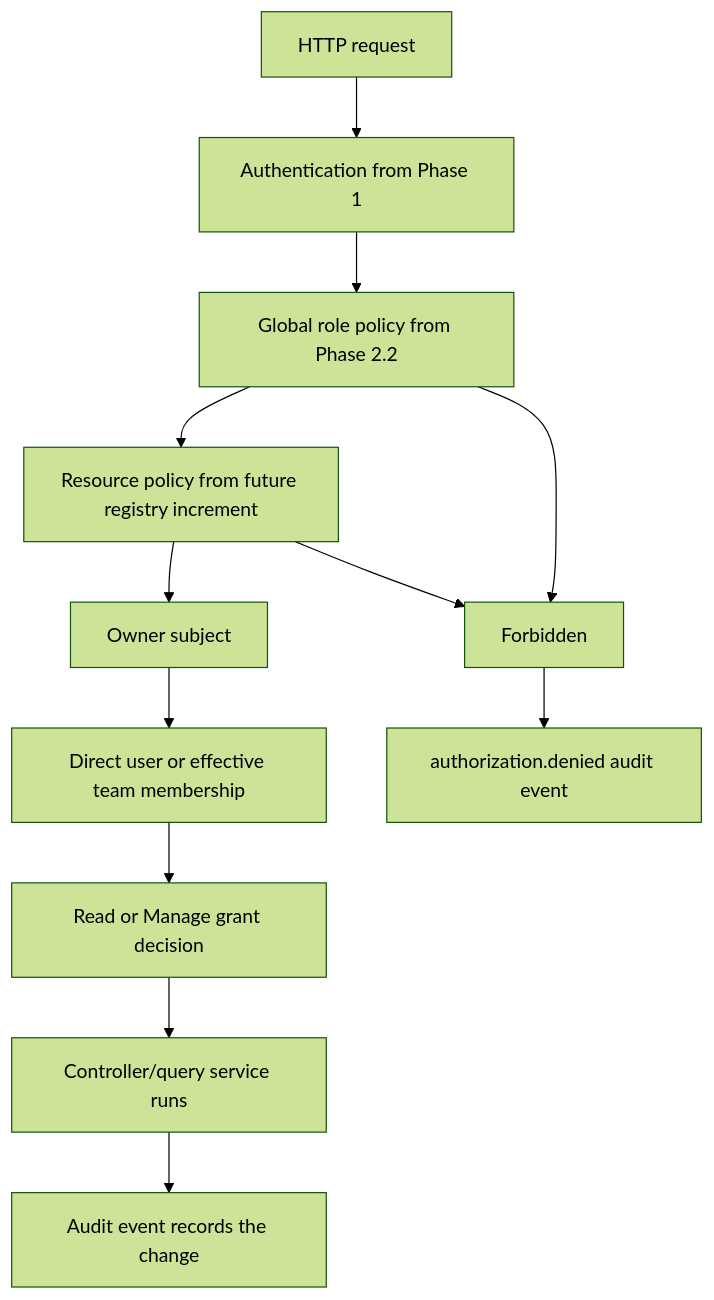
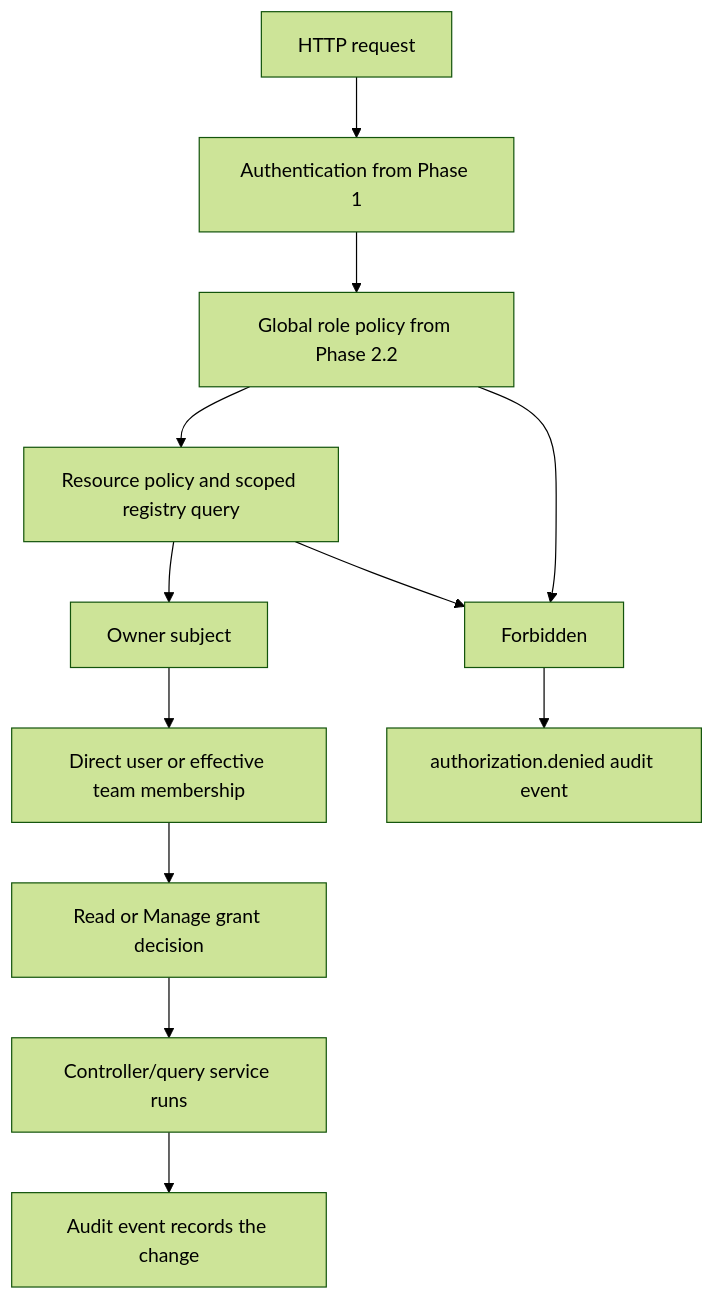
One commit to hadinajem52/WebHealthProject changed diagram 13 of 13 in docs/phase-2/Assignment_and_Audit_Explained.md. Above: the diagram before and after it, drawn with Mermaid (forest theme). The commit also changed other lines of this file and 55 other files, not shown here.

````diff
--- a/docs/phase-2/Assignment_and_Audit_Explained.md
+++ b/docs/phase-2/Assignment_and_Audit_Explained.md
@@ -528,14 +530,14 @@
 ```mermaid
 flowchart TD
     A[HTTP request] --> B[Authentication from Phase 1]
     B --> C[Global role policy from Phase 2.2]
-    C --> D[Resource policy from future registry increment]
+    C --> D[Resource policy and scoped registry query]
     D --> E[Owner subject]
     E --> F[Direct user or effective team membership]
     F --> G[Read or Manage grant decision]
     G --> H[Controller/query service runs]
     H --> I[Audit event records the change]
     C --> J[Forbidden]
     D --> J
     J --> K[authorization.denied audit event]
 ```
````
